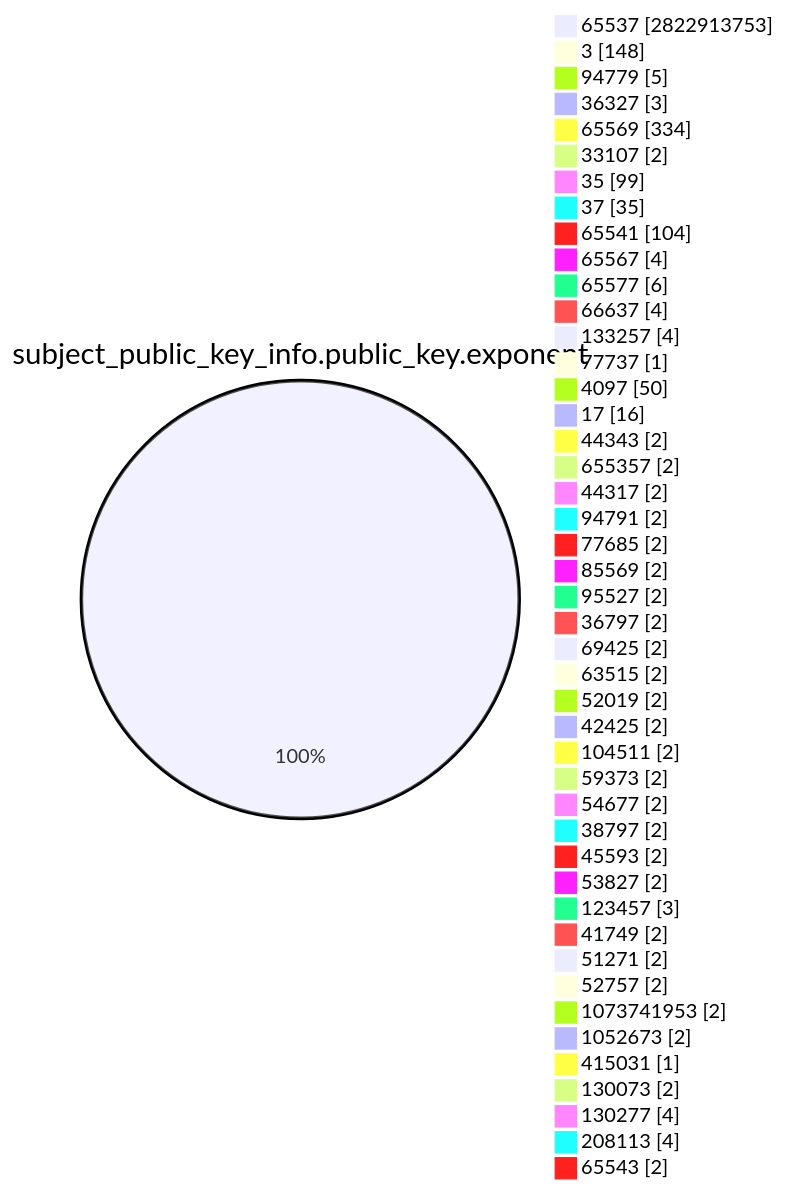
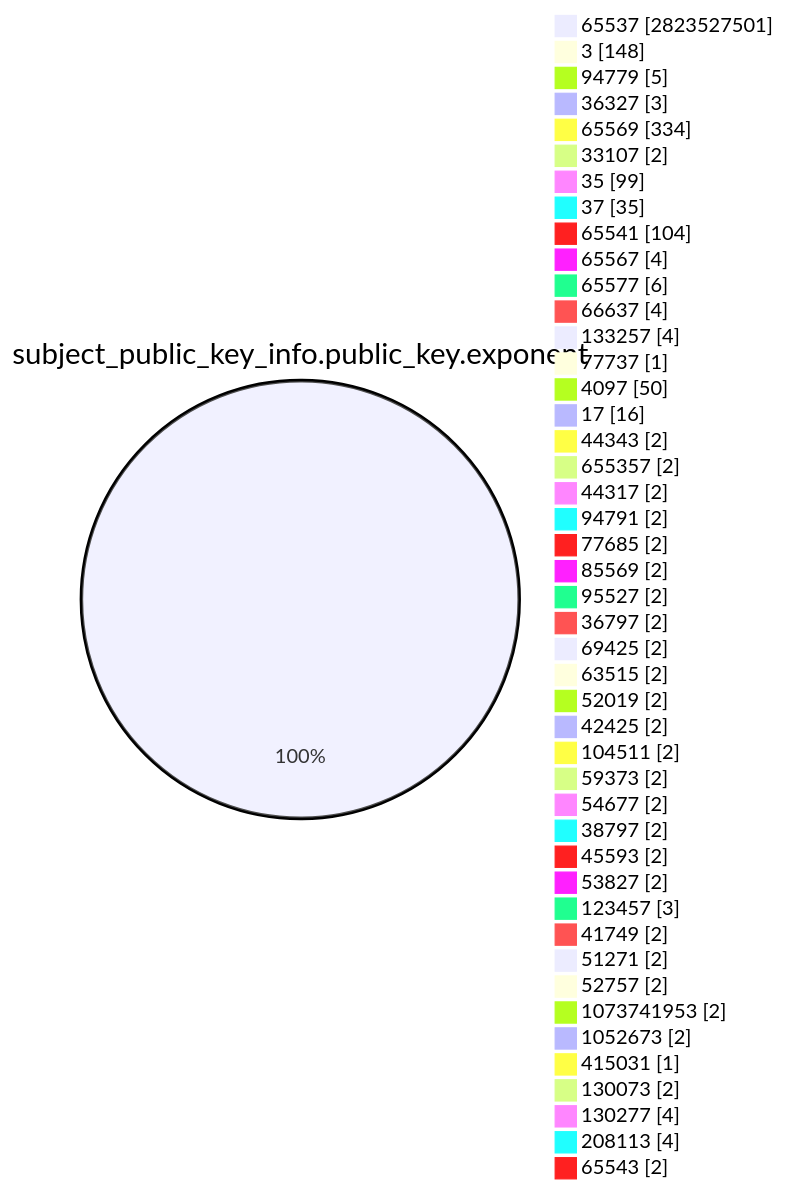
One commit to christiankrug/ctmonitor_visualization changed the fourth of 15 diagrams in TOTAL/README.md. Above: the diagram before and after it, drawn with Mermaid. The commit also changed other lines of this file, not shown here.

````diff
--- a/TOTAL/README.md
+++ b/TOTAL/README.md
@@ -1468,49 +1468,49 @@
 ```mermaid
 pie showData
 title subject_public_key_info.public_key.exponent
-"65537" :2822913753
+"65537" :2823527501
 "3" :148
 "94779" :5
 "36327" :3
 "65569" :334
 "33107" :2
 "35" :99
 "37" :35
 "65541" :104
 "65567" :4
 "65577" :6
 "66637" :4
 "133257" :4
 "77737" :1
 "4097" :50
 "17" :16
 "44343" :2
 "655357" :2
 "44317" :2
 "94791" :2
 "77685" :2
 "85569" :2
 "95527" :2
 "36797" :2
 "69425" :2
 "63515" :2
 "52019" :2
 "42425" :2
 "104511" :2
 "59373" :2
 "54677" :2
 "38797" :2
 "45593" :2
 "53827" :2
 "123457" :3
 "41749" :2
 "51271" :2
 "52757" :2
 "1073741953" :2
 "1052673" :2
 "415031" :1
 "130073" :2
 "130277" :4
 "208113" :4
 "65543" :2
 ```
````
